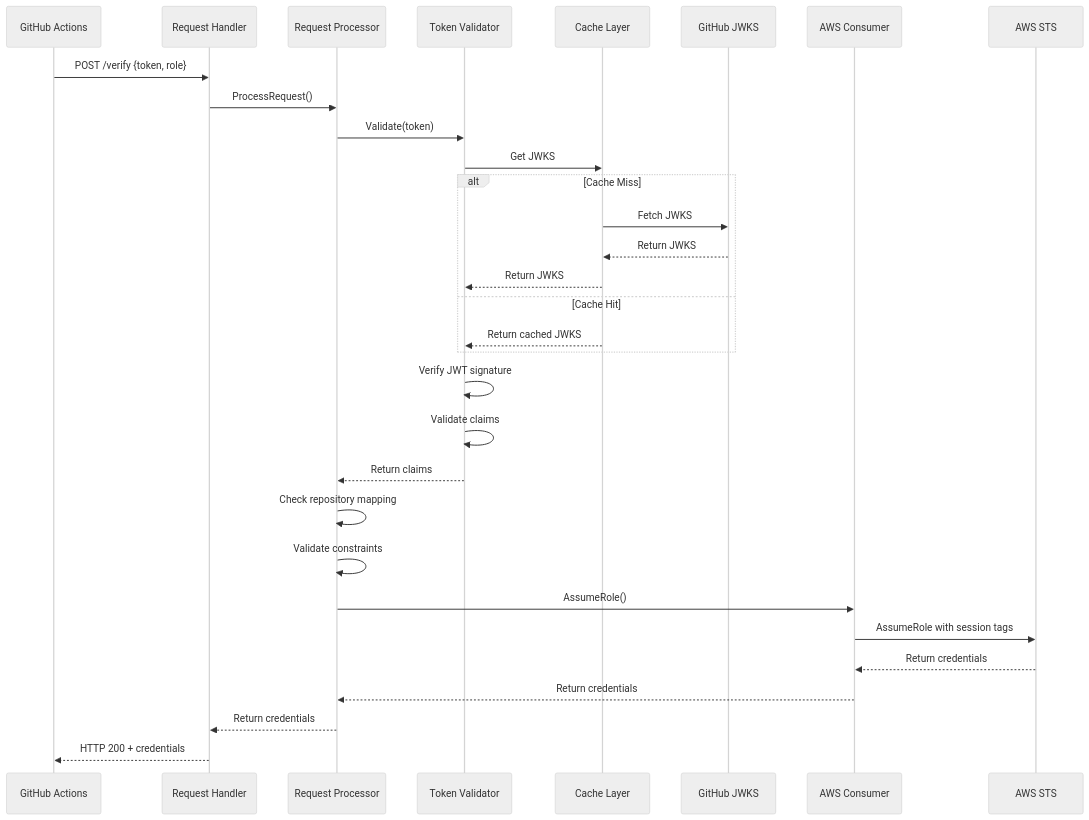
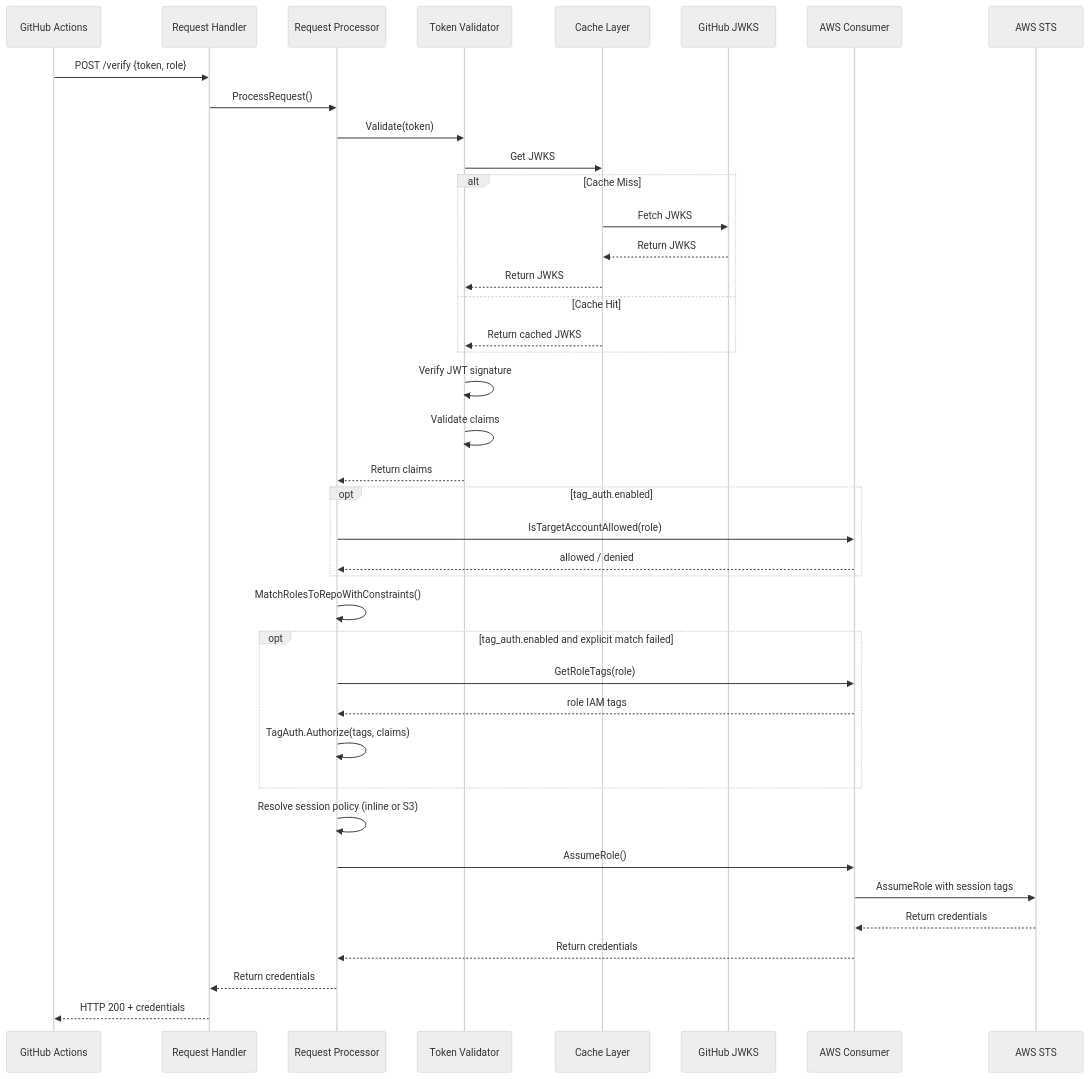
Before and after one commit to boogy/aws-oidc-warden: the second of 7 diagrams in docs/ARCHITECTURE.md, drawn with Mermaid (neutral theme). The commit also changed other lines of this file and 14 other files, not shown here.

First line of the commit message:
fix: harden tag-auth cross-account authorization (#237)

````diff
--- a/docs/ARCHITECTURE.md
+++ b/docs/ARCHITECTURE.md
@@ -106,39 +106,51 @@
 ```mermaid
 sequenceDiagram
     participant Client as GitHub Actions
     participant Handler as Request Handler
     participant Processor as Request Processor
     participant Validator as Token Validator
     participant Cache as Cache Layer
     participant JWKS as GitHub JWKS
     participant Consumer as AWS Consumer
     participant STS as AWS STS
 
     Client->>Handler: POST /verify {token, role}
     Handler->>Processor: ProcessRequest()
 
     Processor->>Validator: Validate(token)
     Validator->>Cache: Get JWKS
 
     alt Cache Miss
         Cache->>JWKS: Fetch JWKS
         JWKS-->>Cache: Return JWKS
         Cache-->>Validator: Return JWKS
     else Cache Hit
         Cache-->>Validator: Return cached JWKS
     end
 
     Validator->>Validator: Verify JWT signature
     Validator->>Validator: Validate claims
     Validator-->>Processor: Return claims
 
-    Processor->>Processor: Check repository mapping
-    Processor->>Processor: Validate constraints
+    opt tag_auth.enabled
+        Processor->>Consumer: IsTargetAccountAllowed(role)
+        Consumer-->>Processor: allowed / denied
+    end
+
+    Processor->>Processor: MatchRolesToRepoWithConstraints()
+
+    opt tag_auth.enabled and explicit match failed
+        Processor->>Consumer: GetRoleTags(role)
+        Consumer-->>Processor: role IAM tags
+        Processor->>Processor: TagAuth.Authorize(tags, claims)
+    end
+
+    Processor->>Processor: Resolve session policy (inline or S3)
     Processor->>Consumer: AssumeRole()
 
     Consumer->>STS: AssumeRole with session tags
     STS-->>Consumer: Return credentials
     Consumer-->>Processor: Return credentials
     Processor-->>Handler: Return credentials
     Handler-->>Client: HTTP 200 + credentials
 ```
````
